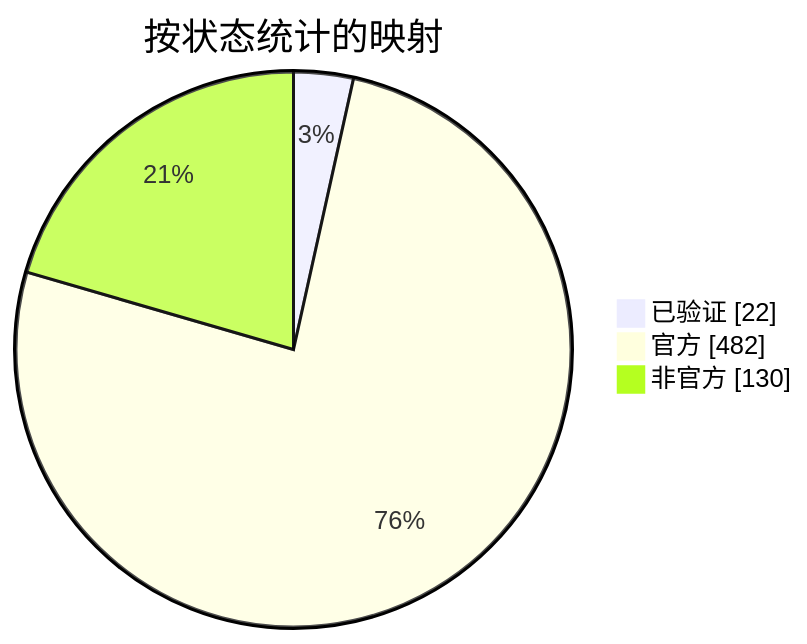
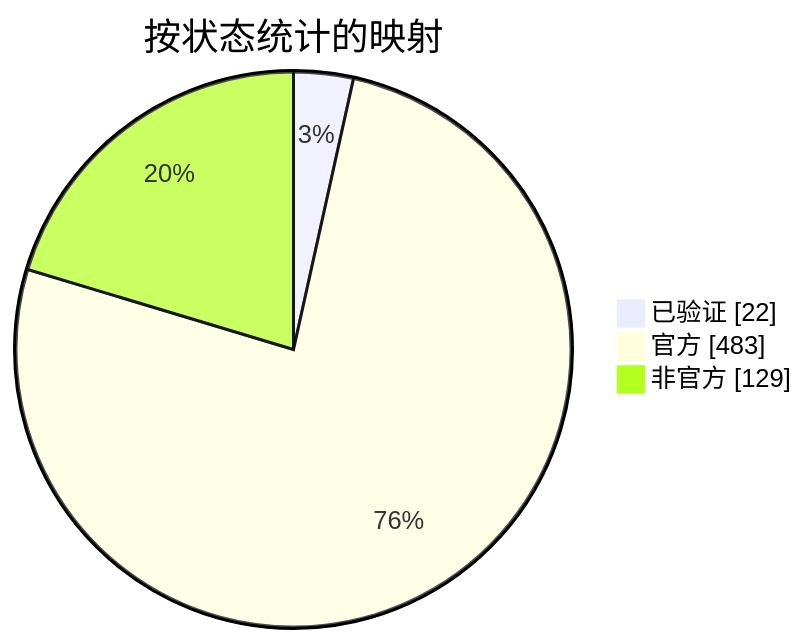
The diagram in docs/readme/README_ZHS.md (nobrega8/mbmap-library), drawn with Mermaid before and after one commit. The commit also changed 6 other files, not shown here.

````diff
--- a/docs/readme/README_ZHS.md
+++ b/docs/readme/README_ZHS.md
@@ -54,7 +54,7 @@
 ```mermaid
 pie showData
     title 按状态统计的映射
     "已验证" : 22
-    "官方" : 482
-    "非官方" : 130
+    "官方" : 483
+    "非官方" : 129
 ```
````
